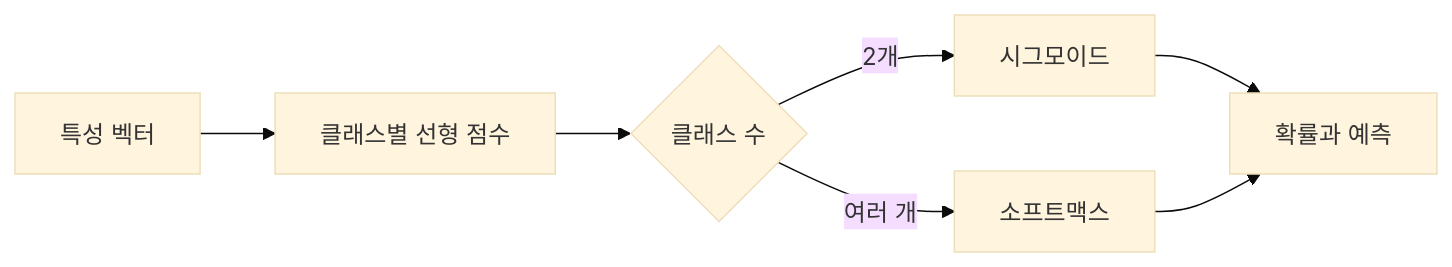
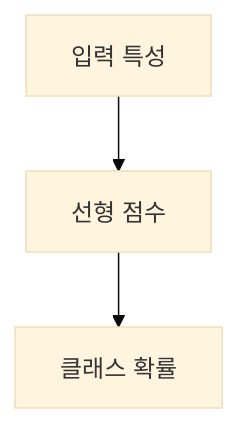
The diagram in ComputerScience/03_ai-ml-data/ml-projects/notes/05. 로지스틱 회귀와 클래스 확률.md (umyunsang/edu), drawn with Mermaid (base theme) before and after one commit. The commit also changed other lines of this file and 5 other files, not shown here.

````diff
--- a/ComputerScience/03_ai-ml-data/ml-projects/notes/05. 로지스틱 회귀와 클래스 확률.md
+++ b/ComputerScience/03_ai-ml-data/ml-projects/notes/05. 로지스틱 회귀와 클래스 확률.md
@@ -34,9 +19,5 @@
 ```mermaid
-flowchart LR
-    A[특성 벡터] --> B[클래스별 선형 점수]
-    B --> C{클래스 수}
-    C -->|2개| D[시그모이드]
-    C -->|여러 개| E[소프트맥스]
-    D --> F[확률과 예측]
-    E --> F
+flowchart TB
+    A[입력 특성] --> B[선형 점수]
+    B --> C[클래스 확률]
 ```
````
